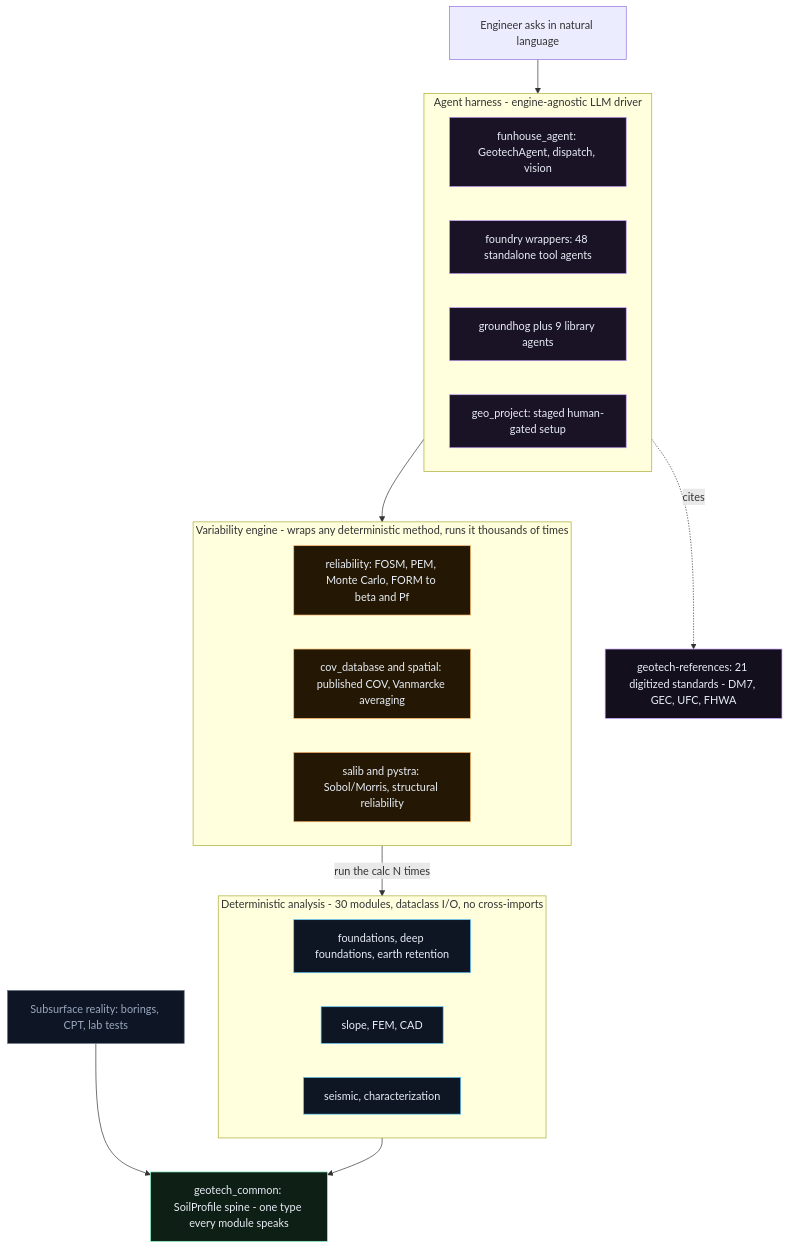
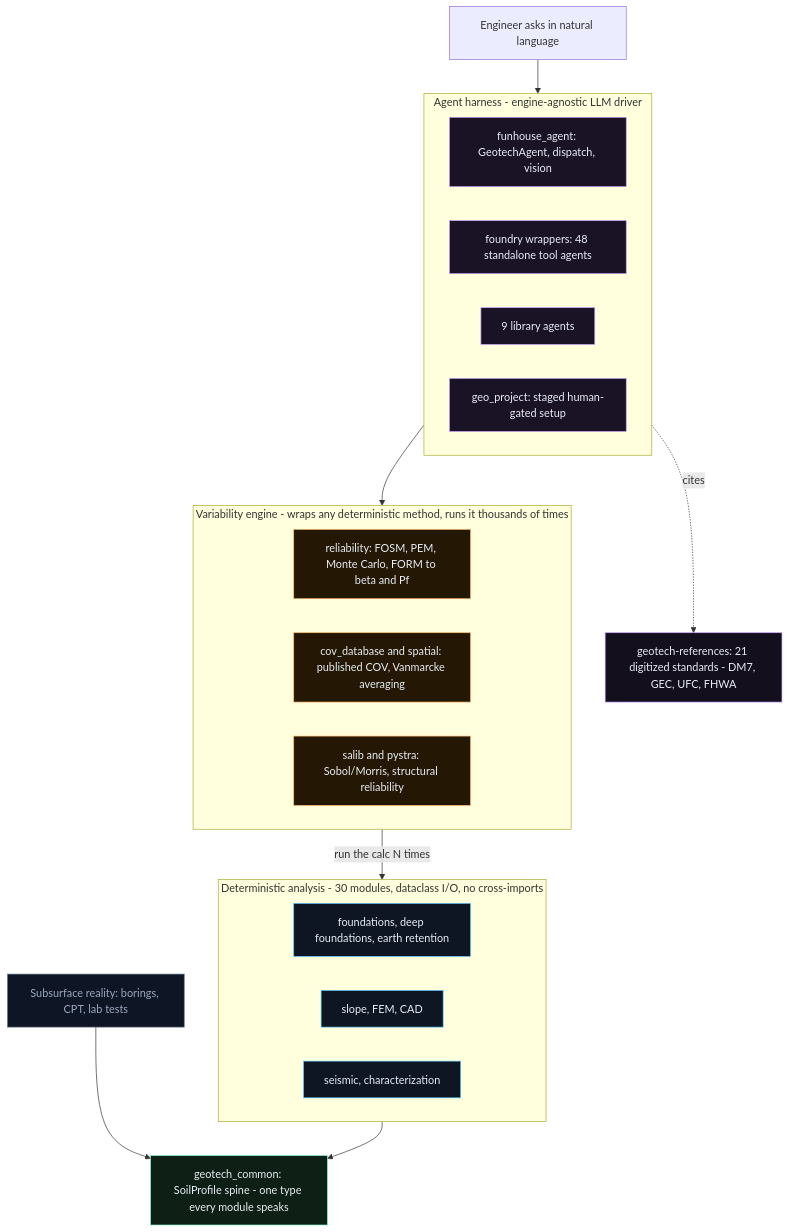
One commit to soconnell345-geotech/GeotechStaffEngineer changed the diagram in README.md. Above: the diagram before and after it, drawn with Mermaid. The commit also changed other lines of this file and 25 other files, not shown here.

````diff
--- a/README.md
+++ b/README.md
@@ -54,47 +54,47 @@
 ```mermaid
 flowchart TB
     ENG["Engineer asks in natural language"]
 
     subgraph AGENT["Agent harness - engine-agnostic LLM driver"]
         FA["funhouse_agent: GeotechAgent, dispatch, vision"]
         FD["foundry wrappers: 48 standalone tool agents"]
-        LIB["groundhog plus 9 library agents"]
+        LIB["9 library agents"]
         GP["geo_project: staged human-gated setup"]
     end
 
     subgraph VAR["Variability engine - wraps any deterministic method, runs it thousands of times"]
         REL["reliability: FOSM, PEM, Monte Carlo, FORM to beta and Pf"]
         COV["cov_database and spatial: published COV, Vanmarcke averaging"]
         SENS["salib and pystra: Sobol/Morris, structural reliability"]
     end
 
     subgraph DET["Deterministic analysis - 30 modules, dataclass I/O, no cross-imports"]
         F["foundations, deep foundations, earth retention"]
         S["slope, FEM, CAD"]
         SE["seismic, characterization"]
     end
 
     SPINE["geotech_common: SoilProfile spine - one type every module speaks"]
     REF["geotech-references: 21 digitized standards - DM7, GEC, UFC, FHWA"]
     GROUND["Subsurface reality: borings, CPT, lab tests"]
 
     ENG --> AGENT
     AGENT --> VAR
     VAR -->|run the calc N times| DET
     DET --> SPINE
     AGENT -.->|cites| REF
     GROUND --> SPINE
 
     classDef agent fill:#1a1326,stroke:#c8a0ff,color:#e8edf6
     classDef var fill:#241804,stroke:#ffb86b,color:#e8edf6
     classDef det fill:#0d1622,stroke:#5cc8ff,color:#e8edf6
     classDef spine fill:#0e1f16,stroke:#7df0c0,color:#e8edf6
     classDef ref fill:#130f1c,stroke:#c8a0ff,color:#e8edf6
     classDef ground fill:#0e1626,stroke:#6b778c,color:#9aa7bd
     class FA,FD,LIB,GP agent
     class REL,COV,SENS var
     class F,S,SE det
     class SPINE spine
     class REF ref
     class GROUND ground
 ```
````
